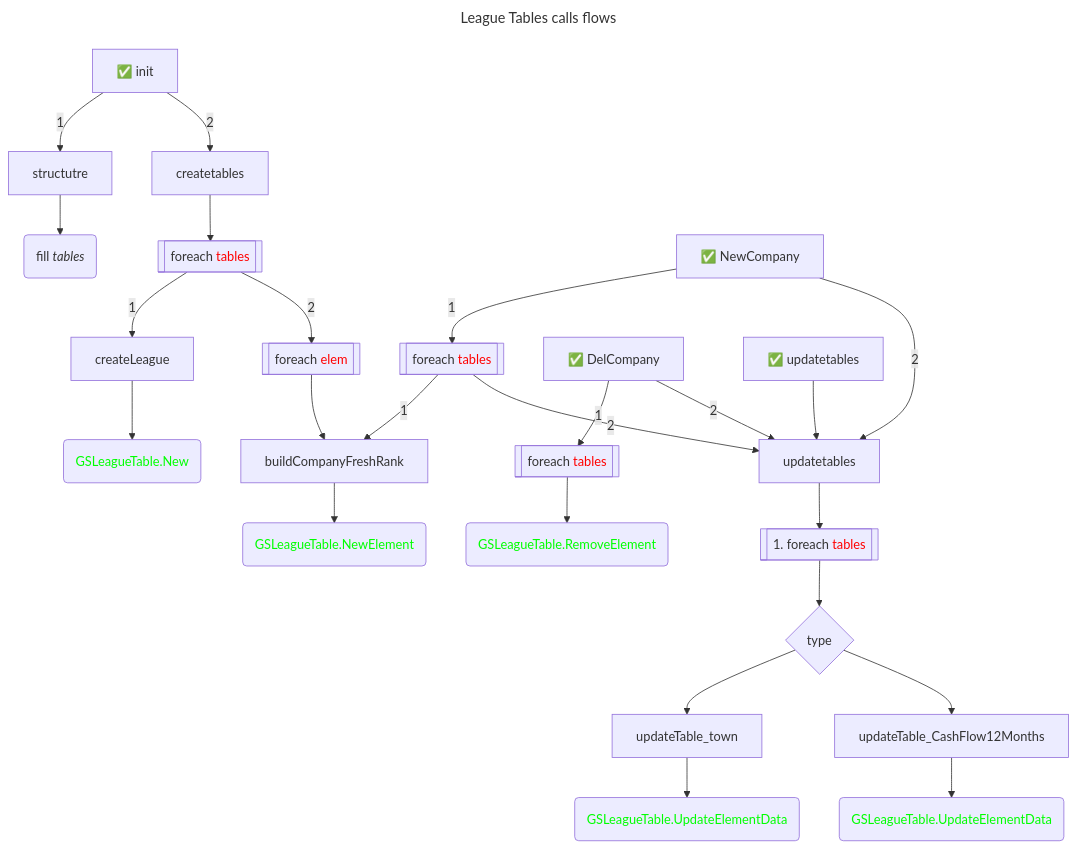
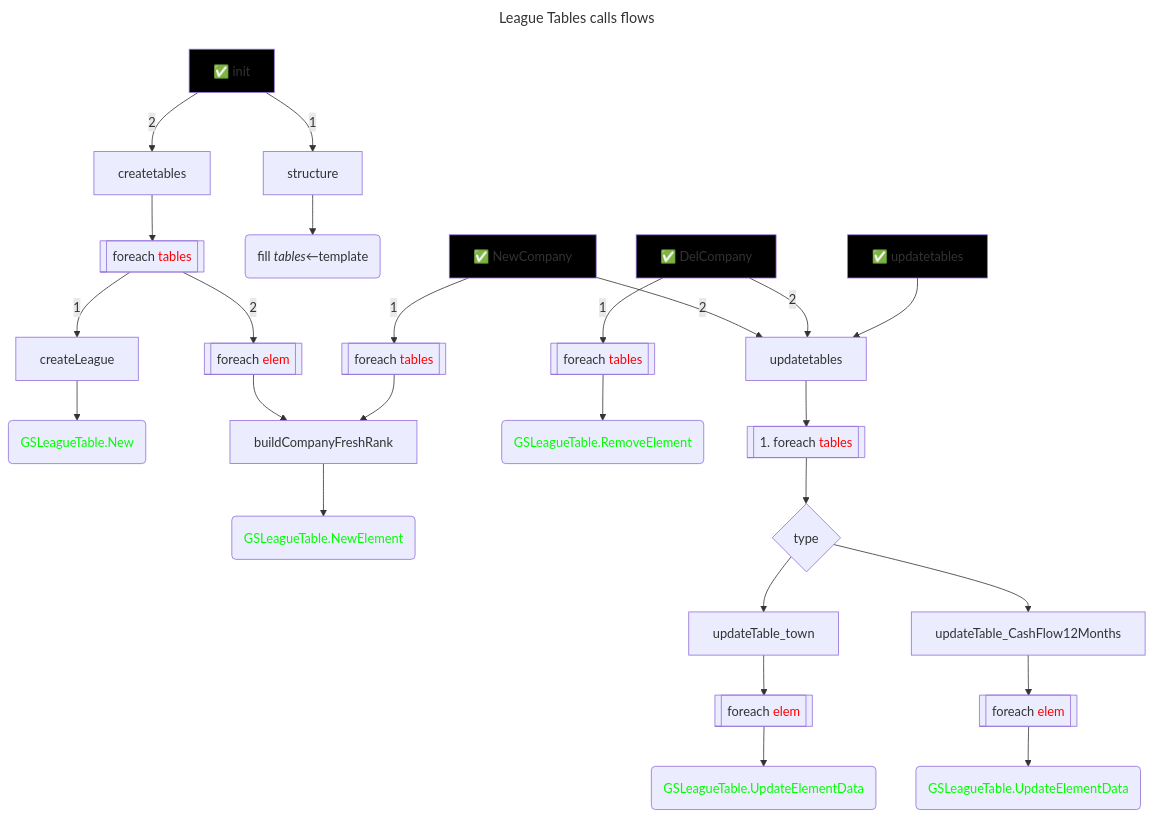
Before and after one commit to primer97/ctct: the diagram in docs/leaguetable-chart.mermaid, drawn with Mermaid.

Commit message:
league : update mermaid

```diff
--- a/docs/leaguetable-chart.mermaid
+++ b/docs/leaguetable-chart.mermaid
@@ -1,29 +1,46 @@
 ---
 title: League Tables calls flows
 ---
 flowchart
 
-    A[✅ init] --1--> A1[structutre]
+%%subgraph main.nut
+%%    M0[Init]
+%%    M1[EndOfMonth]
+%%    M2[HandleEvents]
+%%    M2[HandleEvents]
+%%end
+%%subgraph leaguetable.nut
+%%    M0 --> A
+%%    M1 --> UP0
+%%    M2 --> NC
+%%    M2 --> DC
+
+    A[✅ init] --1--> A1[structure]
     A --2--> A2[createtables]
     A2 --> A3[[foreach <font color=red>tables</font>]]
-    A3 --1--> A31[createLeague] --> A310(<font color=lime>GSLeagueTable.New</font>)
+    A3 --1--> A31[createLeague] --> A310(GSLeagueTable.New)
     A3 --2--> A4[[foreach <font color=red>elem</font>]]
     A4 --> BFR[buildCompanyFreshRank]
-    BFR --> NE(<font color=lime>GSLeagueTable.NewElement</font>)
+    BFR --> NE(GSLeagueTable.NewElement)
 
-    A1 --> A11(fill <i>tables</i>)
+    A1 --> A11(fill <i>tables</i>←template)
 
     NC[✅ NewCompany] --1--> NC2[[foreach <font color=red>tables</font>]]
     NC --2--> UP[updatetables]
-    NC2 --1--> BFR
-    NC2 --2--> UP
+    NC2 --> BFR
 
     DC[✅ DelCompany] --1--> DC2[[foreach <font color=red>tables</font>]]
     DC --2--> UP
-    DC2 --> DC3(<font color=lime>GSLeagueTable.RemoveElement</font>)
+    DC2 --> DC3(GSLeagueTable.RemoveElement)
 
     UP0[✅ updatetables] --> UP
     UP --> UP2[[1. foreach <font color=red>tables</font>]]
     UP2 --> UP3{type}
-    UP3 --> UPTWON[updateTable_town] --> UPT1(<font color=lime>GSLeagueTable.UpdateElementData</font)
-    UP3 --> UPCF[updateTable_CashFlow12Months] --> UPT2(<font color=lime>GSLeagueTable.UpdateElementData</font>)
+    UP3 --> UPTOWN[updateTable_town] --> UPTOWN2[[foreach <font color=red>elem</font>]] --> UPT1(GSLeagueTable.UpdateElementData)
+    UP3 --> UPCF[updateTable_CashFlow12Months] --> UPCF2[[foreach <font color=red>elem</font>]] --> UPT2(GSLeagueTable.UpdateElementData)
+%%end
+
+classDef buildin color:lime;
+classDef public  fill:black;
+class A310,NE,DC3,UPT1,UPT2 buildin
+class A,NC,DC,UP0 public
```
